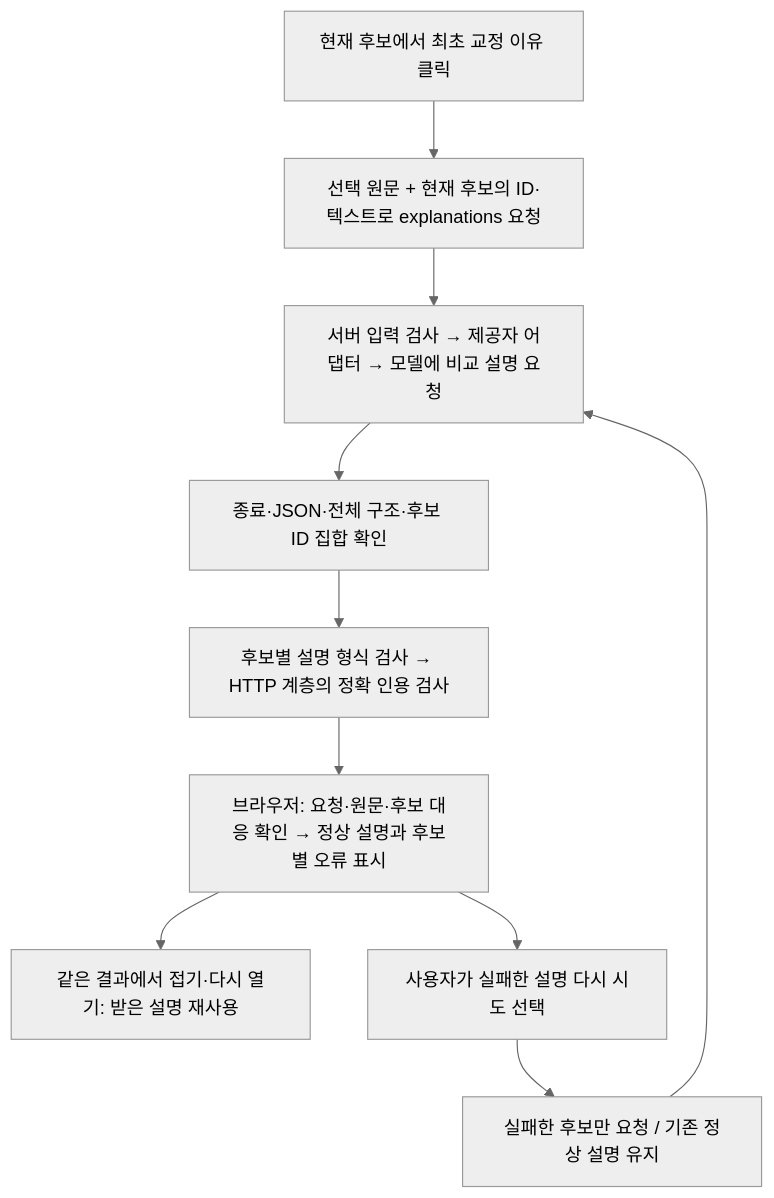
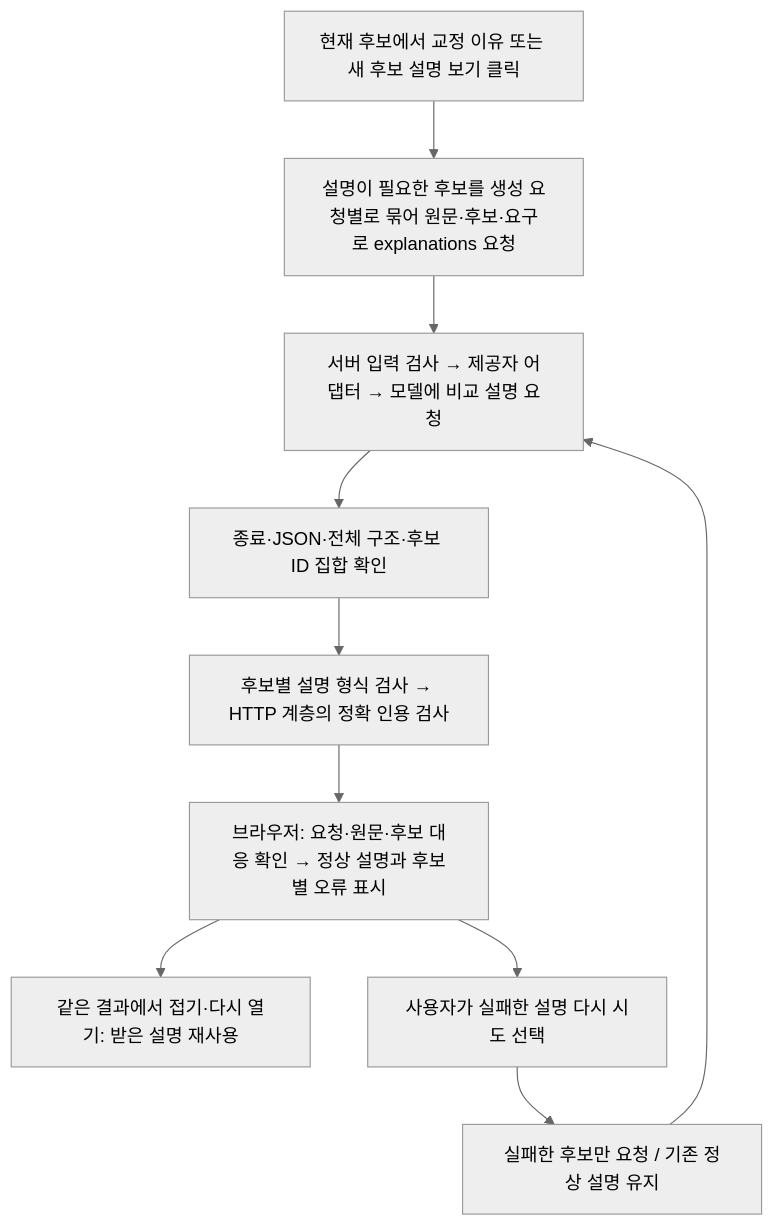
Before and after one commit to dhwjdgh1122/writing-demo: the second of 2 diagrams in docs/ARCHITECTURE.md, drawn with Mermaid (neutral theme). The commit also changed other lines of this file and 27 other files, not shown here.

````diff
--- a/docs/ARCHITECTURE.md
+++ b/docs/ARCHITECTURE.md
@@ -48,12 +48,12 @@
 ```mermaid
 flowchart TD
-    A["현재 후보에서 최초 교정 이유 클릭"] --> B["선택 원문 + 현재 후보의 ID·텍스트로 explanations 요청"]
+    A["현재 후보에서 교정 이유 또는 새 후보 설명 보기 클릭"] --> B["설명이 필요한 후보를 생성 요청별로 묶어 원문·후보·요구로 explanations 요청"]
     B --> C["서버 입력 검사 → 제공자 어댑터 → 모델에 비교 설명 요청"]
     C --> D["종료·JSON·전체 구조·후보 ID 집합 확인"]
     D --> E["후보별 설명 형식 검사 → HTTP 계층의 정확 인용 검사"]
     E --> F["브라우저: 요청·원문·후보 대응 확인 → 정상 설명과 후보별 오류 표시"]
     F --> G["같은 결과에서 접기·다시 열기: 받은 설명 재사용"]
     F --> H["사용자가 실패한 설명 다시 시도 선택"]
     H --> I["실패한 후보만 요청 / 기존 정상 설명 유지"]
     I --> C
 ```
````
